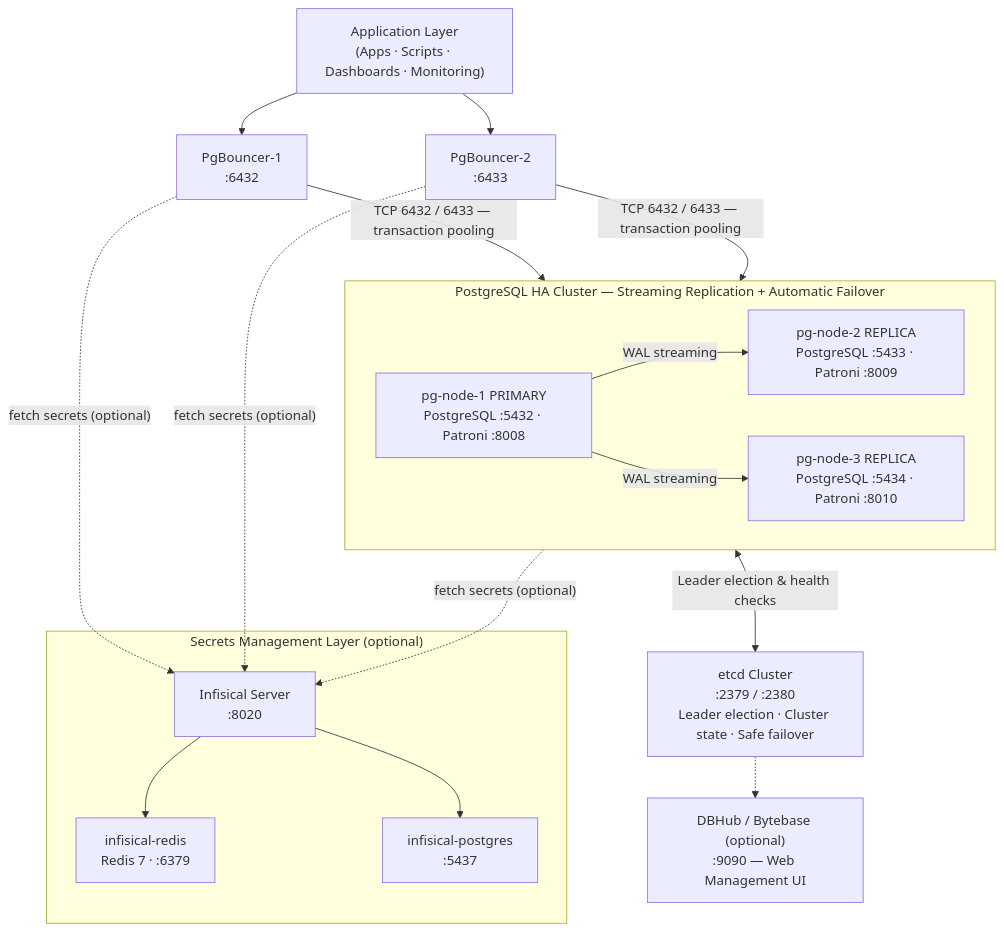
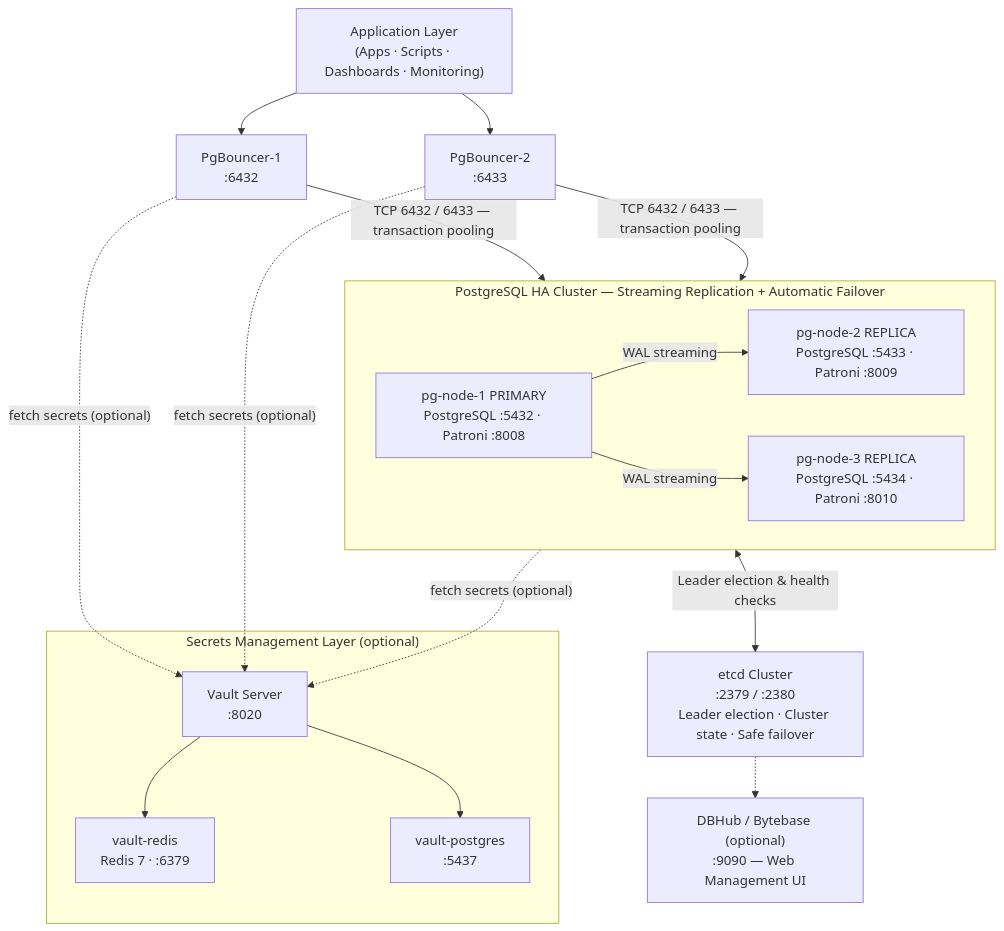
Before and after one commit to venkatajangala/terraform-docker-container-postgres: the first of 14 diagrams in docs/architecture/ARCHITECTURE.md, drawn with Mermaid. The commit also changed 48 other files, not shown here.

````diff
--- a/docs/architecture/ARCHITECTURE.md
+++ b/docs/architecture/ARCHITECTURE.md
@@ -7,30 +7,30 @@
 ```mermaid
 graph TD
     APP["Application Layer<br/>(Apps · Scripts · Dashboards · Monitoring)"]
     PGB1["PgBouncer-1<br/>:6432"]
     PGB2["PgBouncer-2<br/>:6433"]
 
     subgraph PGHA["PostgreSQL HA Cluster — Streaming Replication + Automatic Failover"]
         PG1["pg-node-1 PRIMARY<br/>PostgreSQL :5432 · Patroni :8008"]
         PG2["pg-node-2 REPLICA<br/>PostgreSQL :5433 · Patroni :8009"]
         PG3["pg-node-3 REPLICA<br/>PostgreSQL :5434 · Patroni :8010"]
     end
 
     ETCD["etcd Cluster<br/>:2379 / :2380<br/>Leader election · Cluster state · Safe failover"]
     DBHUB["DBHub / Bytebase (optional)<br/>:9090 — Web Management UI"]
 
     subgraph SECRETS["Secrets Management Layer (optional)"]
-        INF["Infisical Server<br/>:8020"]
-        REDIS["infisical-redis<br/>Redis 7 · :6379"]
-        INFPG["infisical-postgres<br/>:5437"]
+        INF["Vault Server<br/>:8020"]
+        REDIS["vault-redis<br/>Redis 7 · :6379"]
+        INFPG["vault-postgres<br/>:5437"]
     end
 
     APP --> PGB1 & PGB2
     PGB1 & PGB2 -->|"TCP 6432 / 6433 — transaction pooling"| PGHA
     PG1 -->|"WAL streaming"| PG2 & PG3
     PGHA <-->|"Leader election & health checks"| ETCD
     ETCD -.-> DBHUB
     INF --> REDIS & INFPG
     PGHA -. "fetch secrets (optional)" .-> INF
     PGB1 & PGB2 -. "fetch secrets (optional)" .-> INF
 ```
````
